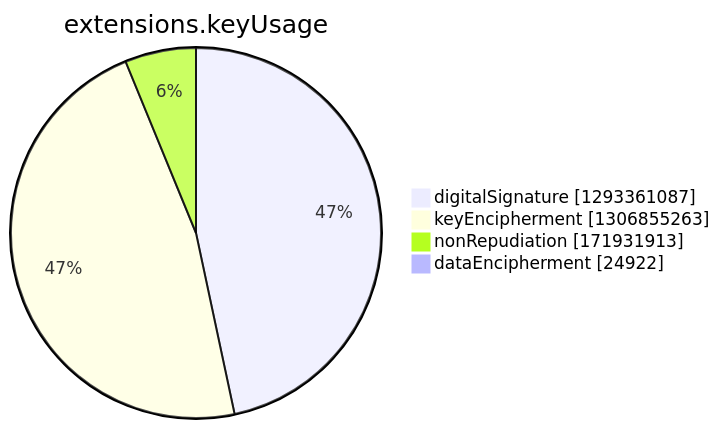
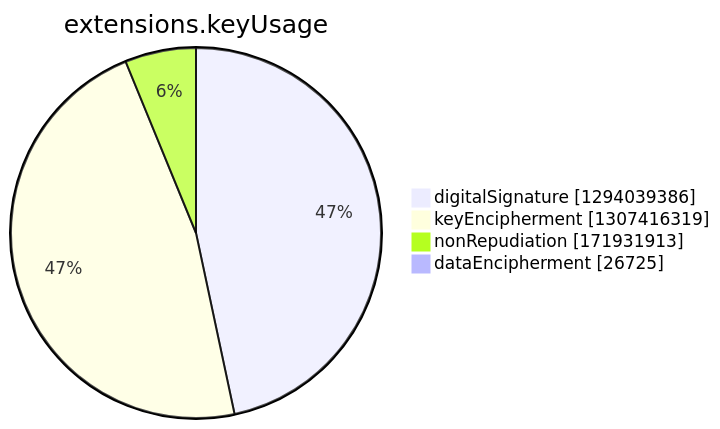
The seventh of 15 diagrams in argon2022/README.md (christiankrug/ctmonitor_visualization), drawn with Mermaid before and after one commit. The commit also changed other lines of this file, not shown here.

````diff
--- a/argon2022/README.md
+++ b/argon2022/README.md
@@ -2749,8 +2749,8 @@
 ```mermaid
 pie showData
 title extensions.keyUsage
-"digitalSignature" :1293361087
-"keyEncipherment" :1306855263
+"digitalSignature" :1294039386
+"keyEncipherment" :1307416319
 "nonRepudiation" :171931913
-"dataEncipherment" :24922
+"dataEncipherment" :26725
 ```
````
